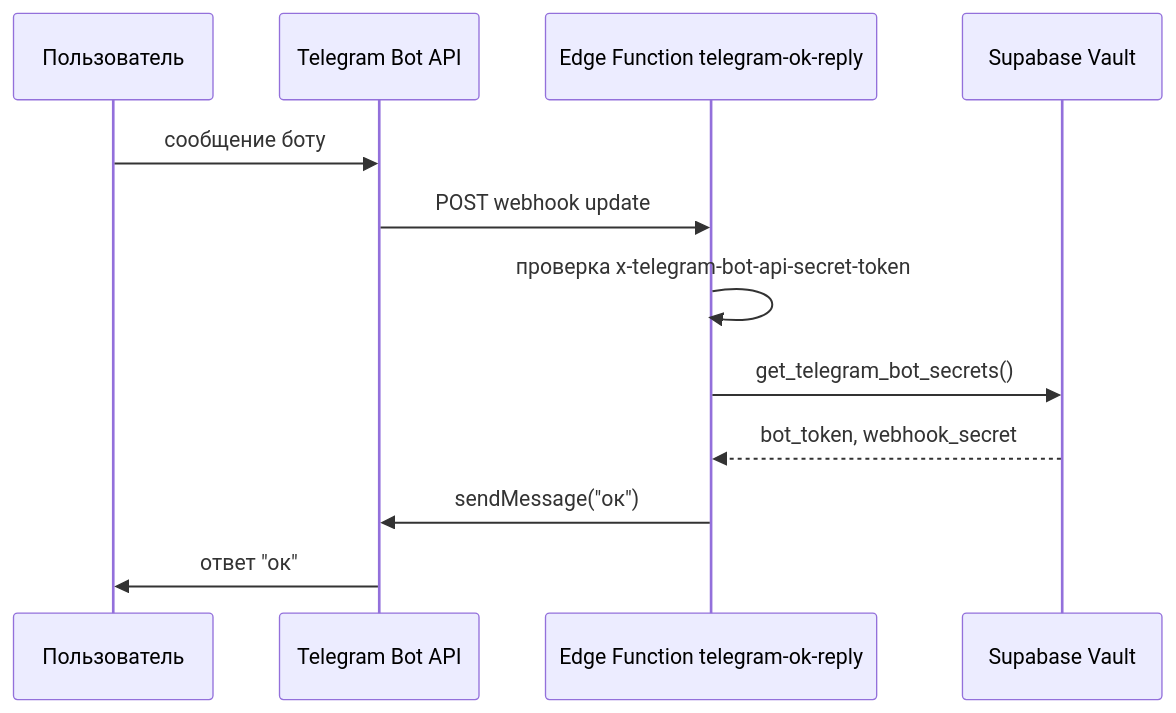
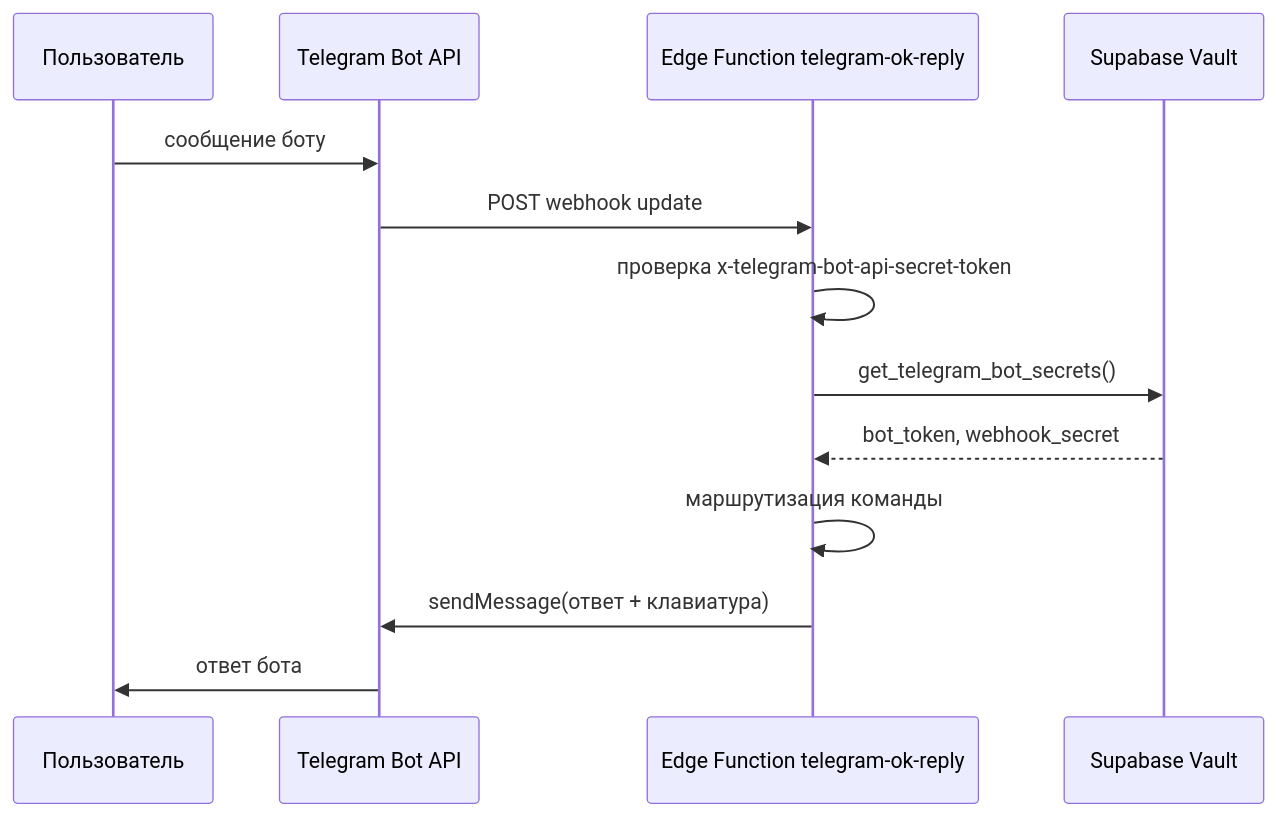
Before and after one commit to SHBLN/vibe-coding-3-3: the diagram in docs/TELEGRAM_BOT.md, drawn with Mermaid. The commit also changed other lines of this file and 2 other files, not shown here.

````diff
--- a/docs/TELEGRAM_BOT.md
+++ b/docs/TELEGRAM_BOT.md
@@ -7,15 +7,16 @@
 ```mermaid
 sequenceDiagram
     participant User as Пользователь
     participant TG as Telegram Bot API
     participant EF as Edge Function telegram-ok-reply
     participant Vault as Supabase Vault
 
     User->>TG: сообщение боту
     TG->>EF: POST webhook update
     EF->>EF: проверка x-telegram-bot-api-secret-token
     EF->>Vault: get_telegram_bot_secrets()
     Vault-->>EF: bot_token, webhook_secret
-    EF->>TG: sendMessage("ок")
-    TG->>User: ответ "ок"
+    EF->>EF: маршрутизация команды
+    EF->>TG: sendMessage(ответ + клавиатура)
+    TG->>User: ответ бота
 ```
````
